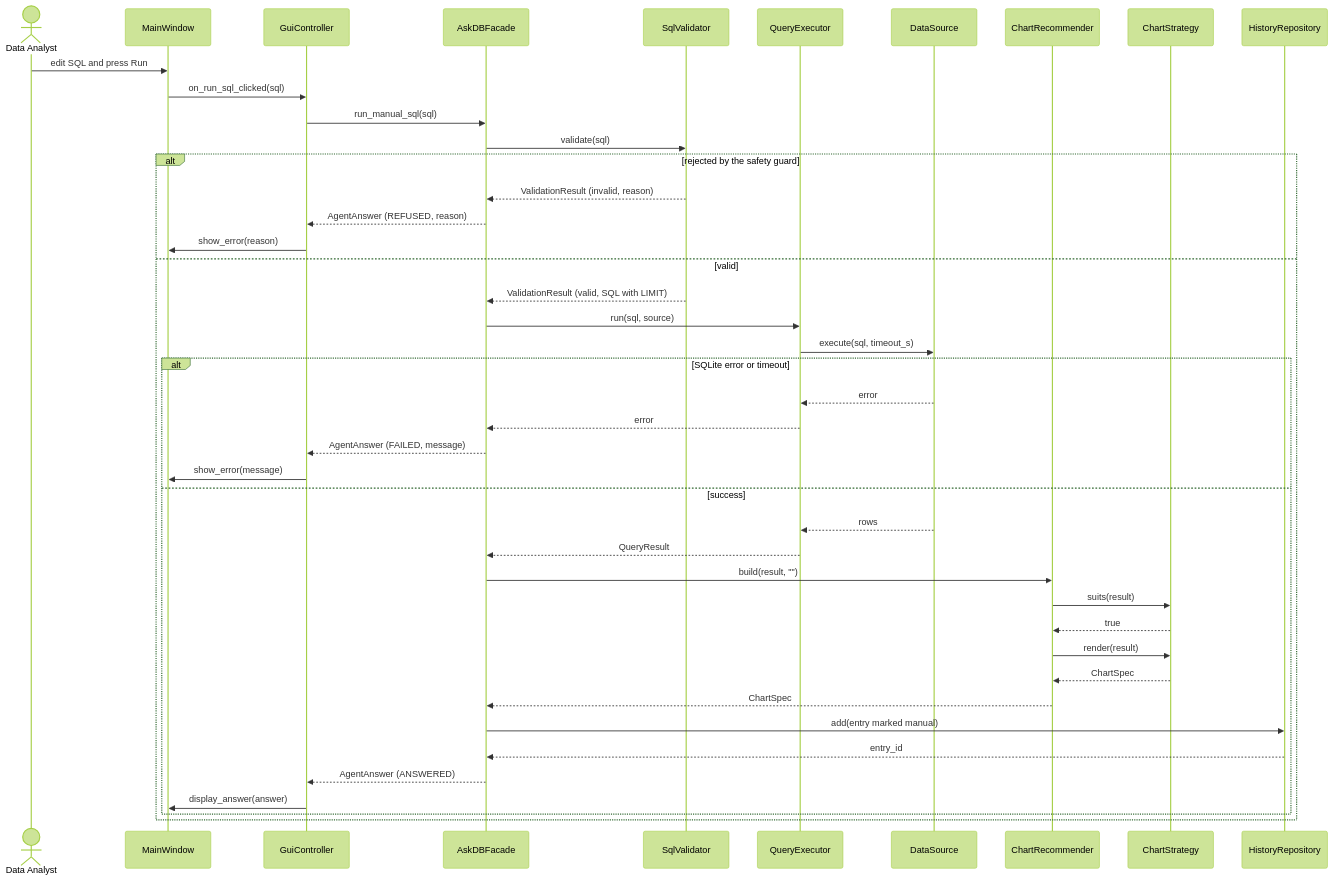
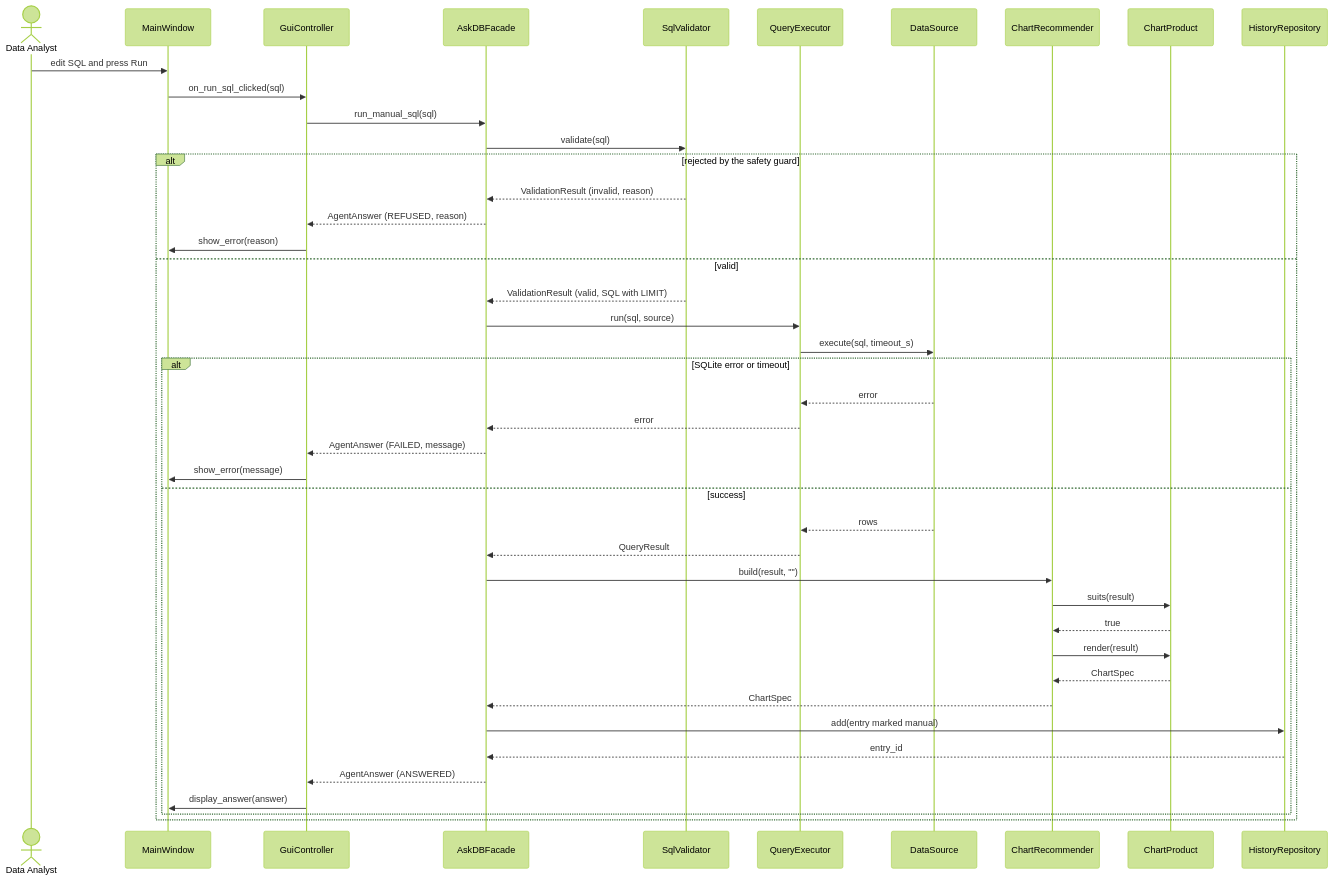
One commit to krishi-shah/eecs3311-askdb changed diagram 13 of 17 in docs/Stage1_Design_Report.md. Above: the diagram before and after it, drawn with Mermaid (forest theme). The commit also changed other lines of this file, not shown here.

````diff
--- a/docs/Stage1_Design_Report.md
+++ b/docs/Stage1_Design_Report.md
@@ -2027,46 +2027,46 @@
 ```mermaid
 sequenceDiagram
     actor A as Data Analyst
     participant MW as MainWindow
     participant GC as GuiController
     participant F as AskDBFacade
     participant V as SqlValidator
     participant QE as QueryExecutor
     participant DS as DataSource
     participant CR as ChartRecommender
-    participant CS as ChartStrategy
+    participant CS as ChartProduct
     participant HR as HistoryRepository
 
     A->>MW: edit SQL and press Run
     MW->>GC: on_run_sql_clicked(sql)
     GC->>F: run_manual_sql(sql)
     F->>V: validate(sql)
     alt rejected by the safety guard
         V-->>F: ValidationResult (invalid, reason)
         F-->>GC: AgentAnswer (REFUSED, reason)
         GC->>MW: show_error(reason)
     else valid
         V-->>F: ValidationResult (valid, SQL with LIMIT)
         F->>QE: run(sql, source)
         QE->>DS: execute(sql, timeout_s)
         alt SQLite error or timeout
             DS-->>QE: error
             QE-->>F: error
             F-->>GC: AgentAnswer (FAILED, message)
             GC->>MW: show_error(message)
         else success
             DS-->>QE: rows
             QE-->>F: QueryResult
             F->>CR: build(result, "")
             CR->>CS: suits(result)
             CS-->>CR: true
             CR->>CS: render(result)
             CS-->>CR: ChartSpec
             CR-->>F: ChartSpec
             F->>HR: add(entry marked manual)
             HR-->>F: entry_id
             F-->>GC: AgentAnswer (ANSWERED)
             GC->>MW: display_answer(answer)
         end
     end
 ```
````
